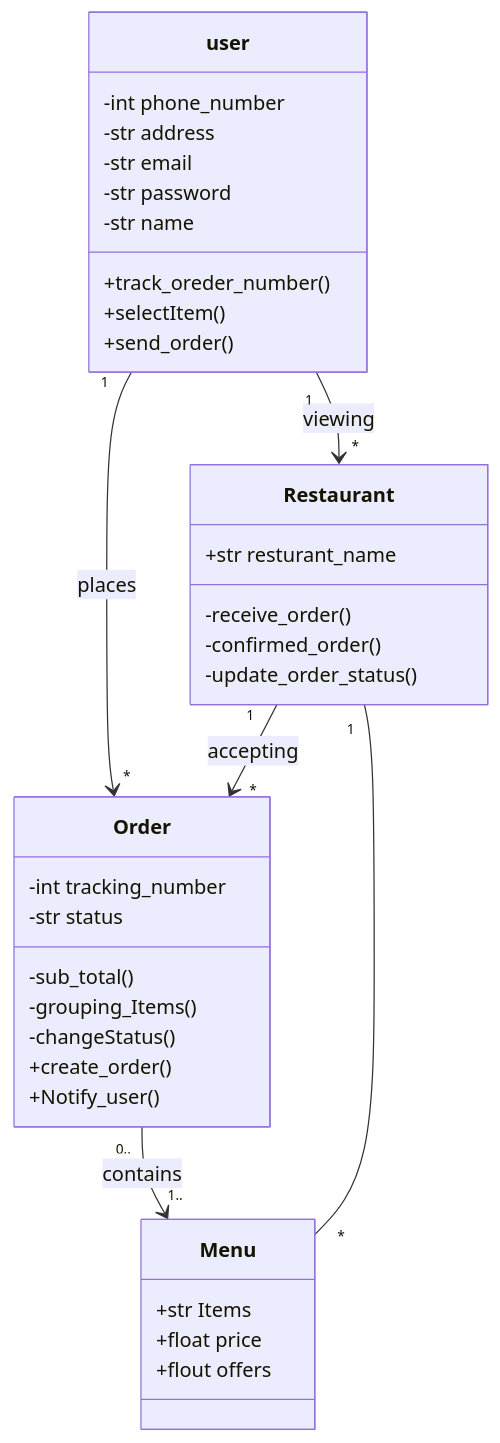
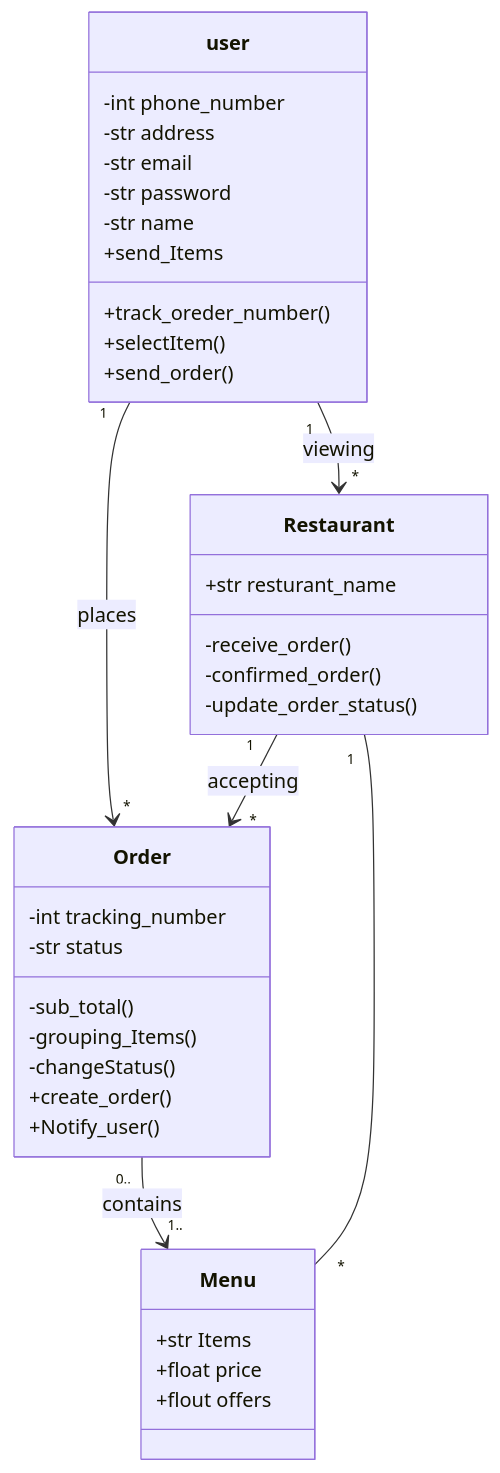
The diagram in diagramsUML/classDiagramFood.mmd (Tmadeer/Architecture_Plan_For_FoodDeliveryPlatform), drawn with Mermaid before and after one commit. The commit also changed 1 other file, not shown here.

```diff
--- a/diagramsUML/classDiagramFood.mmd
+++ b/diagramsUML/classDiagramFood.mmd
@@ -1,41 +1,42 @@
 classDiagram
 direction TB
     class Menu {
        +str  Items
        +float  price
        +flout offers
     }
 
     class Order {
        -int tracking_number
        -str status
        -sub_total()
        -grouping_Items()
        -changeStatus()
        +create_order()
        +Notify_user()
     }
 
     class Restaurant {
         +str resturant_name
         -receive_order()
         -confirmed_order()
         -update_order_status()
     }
 
     class user {
         -int phone_number
         -str address
         -str email
         -str password
         -str name
         +track_oreder_number()
         +selectItem()
         +send_order()
+	+send_Items
     }
 
    user "1" --> "*" Order : places
 Restaurant "1" --> "*" Order : accepting 
 Restaurant "1" -- "*" Menu 
 user "1" --> "*" Restaurant : viewing
 Order "0.." --> "1.." Menu : contains
```
